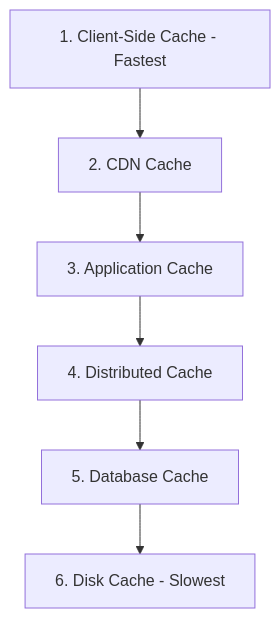
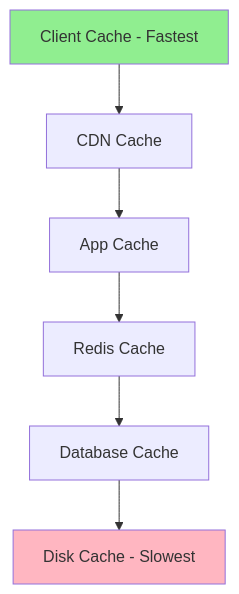
The first of 9 diagrams in SystemDesign/SystemDesign/Sessions/Cache/Cache.md (calmrocks/system-design-dive-deep), drawn with Mermaid before and after one commit. The commit also changed other lines of this file, not shown here.

Commit message:
vault backup: 2026-01-05 09:45:54

````diff
--- a/SystemDesign/SystemDesign/Sessions/Cache/Cache.md
+++ b/SystemDesign/SystemDesign/Sessions/Cache/Cache.md
@@ -79,15 +79,11 @@
 ```mermaid
 flowchart TD
-    L1["1. Client-Side Cache - Fastest"]
-    L2["2. CDN Cache"]
-    L3["3. Application Cache"]
-    L4["4. Distributed Cache"]
-    L5["5. Database Cache"]
-    L6["6. Disk Cache - Slowest"]
+    A[Client Cache - Fastest]:::green --> B[CDN Cache]
+    B --> C[App Cache]
+    C --> D[Redis Cache]
+    D --> E[Database Cache]
+    E --> F[Disk Cache - Slowest]:::red
     
-    L1 --> L2
-    L2 --> L3
-    L3 --> L4
-    L4 --> L5
-    L5 --> L6
+    classDef green fill:#90EE90
+    classDef red fill:#FFB6C1
 ```
````
